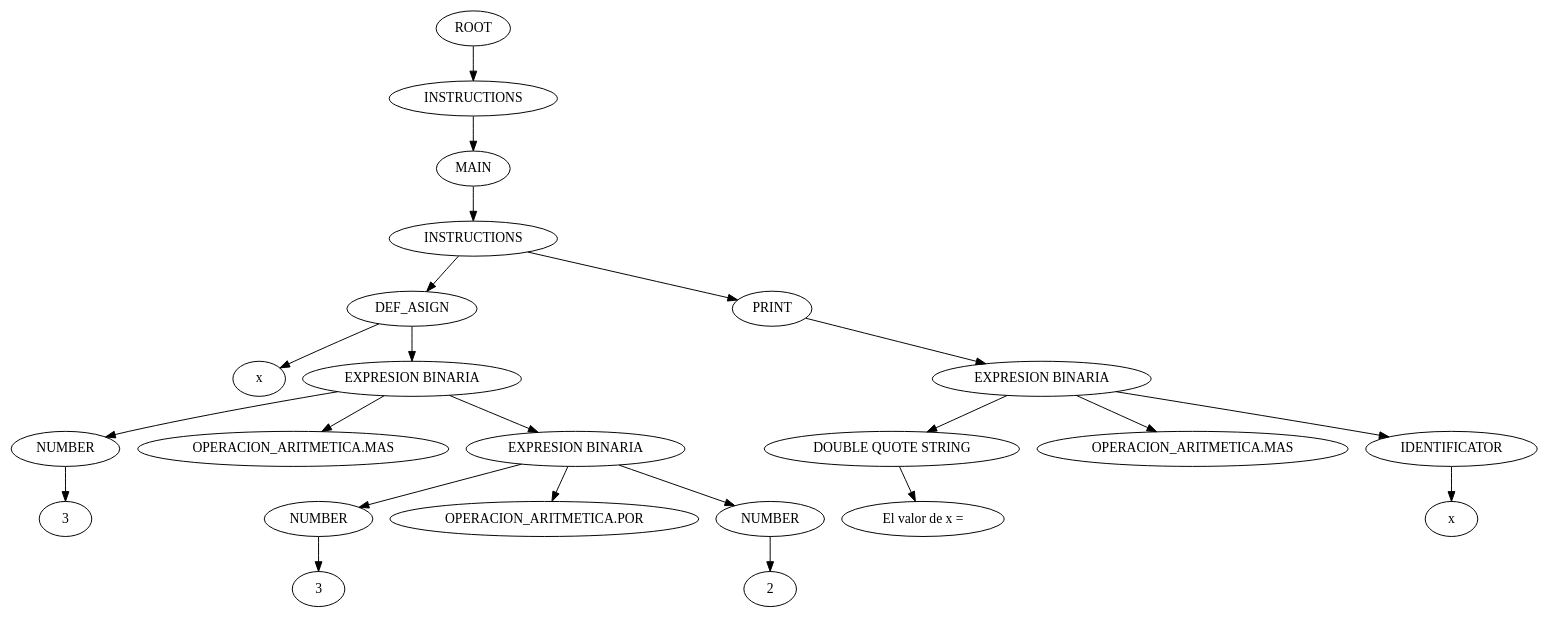
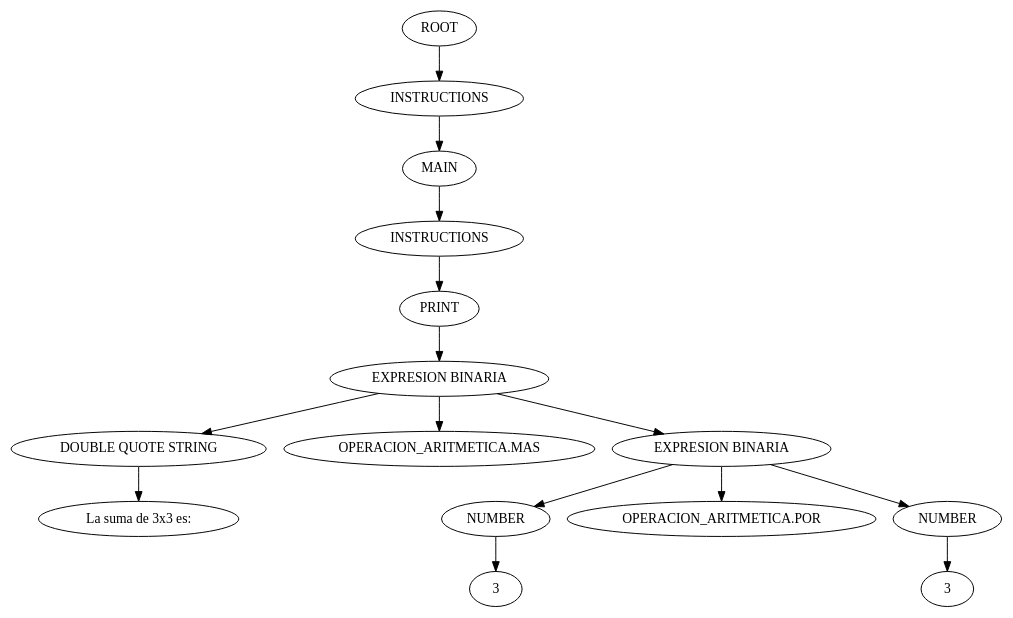
One commit to JDVelasquezO/Project1_OLC1 changed the diagram in ast.dot. Above: the diagram before and after it, drawn with Graphviz. The commit also changed 6 other files, not shown here.

```diff
--- a/ast.dot
+++ b/ast.dot
@@ -1,47 +1,31 @@
 digraph {
 n0[label="ROOT"];
 n1[label="INSTRUCTIONS"];
 n0->n1;
 n2[label="MAIN"];
 n1->n2;
 n3[label="INSTRUCTIONS"];
 n2->n3;
-n4[label="DEF_ASIGN"];
+n4[label="PRINT"];
 n3->n4;
-n5[label="x"];
+n5[label="EXPRESION BINARIA"];
 n4->n5;
-n6[label="EXPRESION BINARIA"];
-n4->n6;
-n7[label="NUMBER"];
+n6[label="DOUBLE QUOTE STRING"];
+n5->n6;
+n7[label="La suma de 3x3 es: "];
 n6->n7;
-n8[label="3"];
-n7->n8;
-n9[label="OPERACION_ARITMETICA.MAS"];
-n6->n9;
-n10[label="EXPRESION BINARIA"];
-n6->n10;
-n11[label="NUMBER"];
+n8[label="OPERACION_ARITMETICA.MAS"];
+n5->n8;
+n9[label="EXPRESION BINARIA"];
+n5->n9;
+n10[label="NUMBER"];
+n9->n10;
+n11[label="3"];
 n10->n11;
-n12[label="3"];
-n11->n12;
-n13[label="OPERACION_ARITMETICA.POR"];
-n10->n13;
-n14[label="NUMBER"];
-n10->n14;
-n15[label="2"];
-n14->n15;
-n16[label="PRINT"];
-n3->n16;
-n17[label="EXPRESION BINARIA"];
-n16->n17;
-n18[label="DOUBLE QUOTE STRING"];
-n17->n18;
-n19[label="El valor de x = "];
-n18->n19;
-n20[label="OPERACION_ARITMETICA.MAS"];
-n17->n20;
-n21[label="IDENTIFICATOR"];
-n17->n21;
-n22[label="x"];
-n21->n22;
+n12[label="OPERACION_ARITMETICA.POR"];
+n9->n12;
+n13[label="NUMBER"];
+n9->n13;
+n14[label="3"];
+n13->n14;
 }
```
